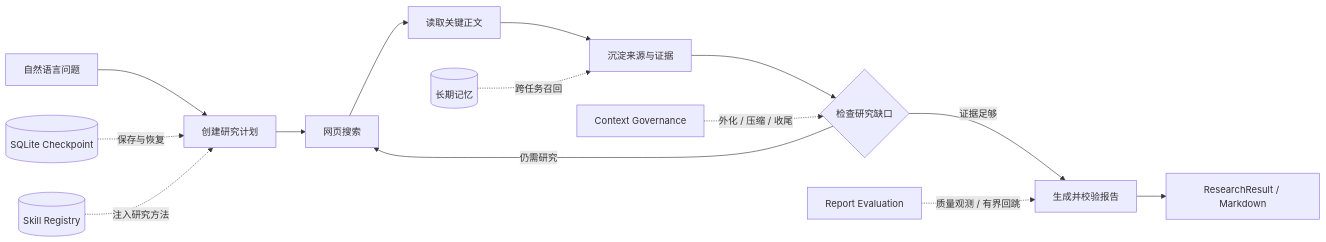
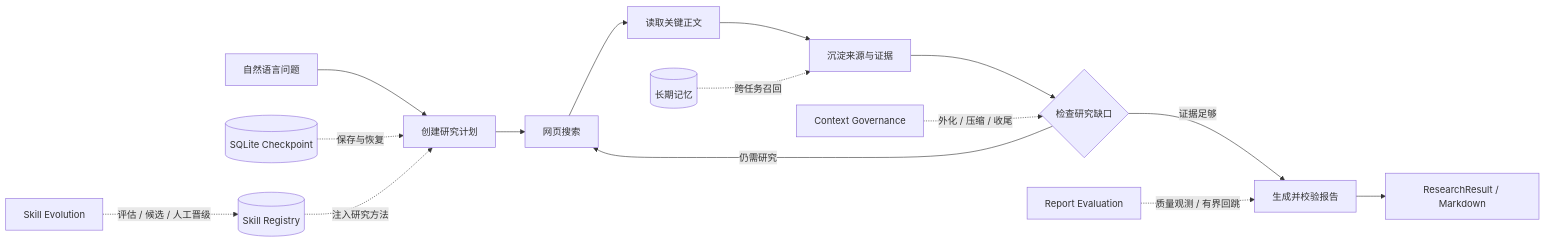
One commit to 1612535983/deepreseach-learing changed the first of 2 diagrams in README.md. Above: the diagram before and after it, drawn with Mermaid. The commit also changed other lines of this file, not shown here.

Commit message:
docs: explain controlled skill evolution

````diff
--- a/README.md
+++ b/README.md
@@ -125,17 +126,18 @@
 ```mermaid
 flowchart LR
     A[自然语言问题] --> B[创建研究计划]
     B --> C[网页搜索]
     C --> D[读取关键正文]
     D --> E[沉淀来源与证据]
     E --> F{检查研究缺口}
     F -->|仍需研究| C
     F -->|证据足够| G[生成并校验报告]
     G --> H[ResearchResult / Markdown]
 
     I[(SQLite Checkpoint)] -.保存与恢复.-> B
     J[(长期记忆)] -.跨任务召回.-> E
     K[Context Governance] -.外化 / 压缩 / 收尾.-> F
     L[(Skill Registry)] -.注入研究方法.-> B
     M[Report Evaluation] -.质量观测 / 有界回跳.-> G
+    N[Skill Evolution] -.评估 / 候选 / 人工晋级.-> L
 ```
````
